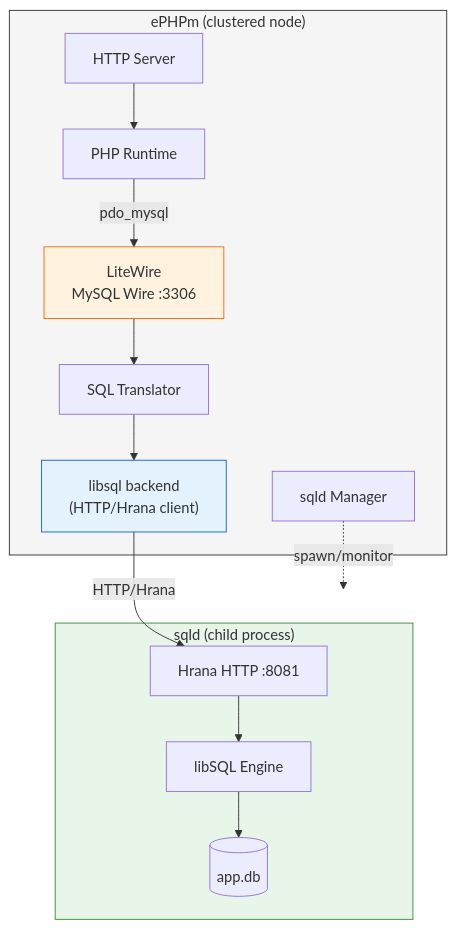
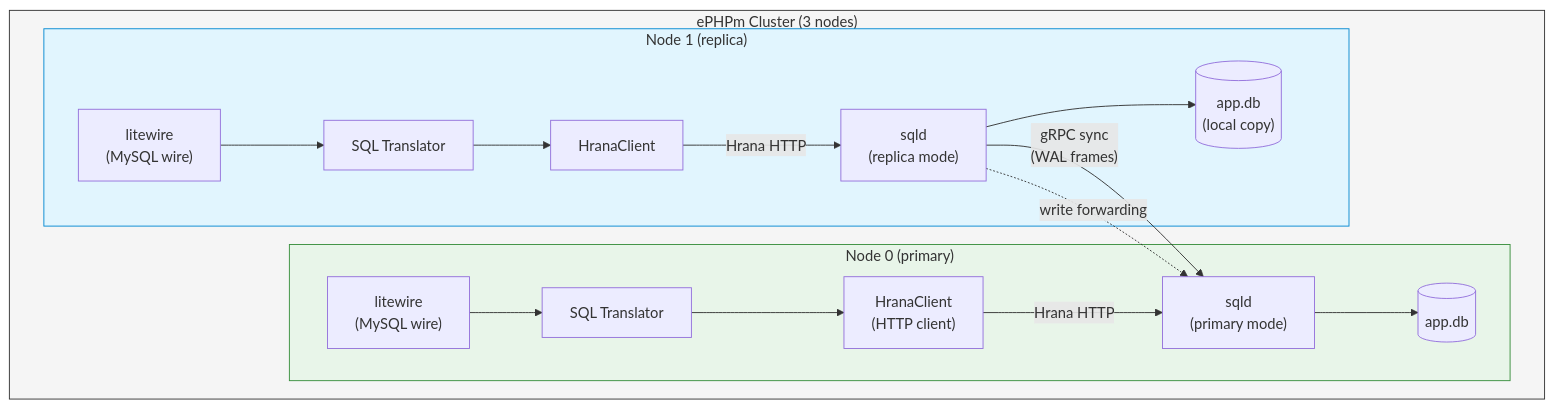
Before and after one commit to ephpm/ephpm: the second of 2 diagrams in docs/architecture/sql.md, drawn with Mermaid. The commit also changed other lines of this file and 7 other files, not shown here.

````diff
--- a/docs/architecture/sql.md
+++ b/docs/architecture/sql.md
@@ -376,30 +70,33 @@
 ```mermaid
 graph TD
-    subgraph ephpm["ePHPm (clustered node)"]
-        http2["HTTP Server"]
-        php2["PHP Runtime"]
-        mysql_fe2["LiteWire\nMySQL Wire :3306"]
-        translate2["SQL Translator"]
-        libsql_be["libsql backend\n(HTTP/Hrana client)"]
-        sqld_mgr["sqld Manager"]
+    subgraph cluster["ePHPm Cluster (3 nodes)"]
+        subgraph node0["Node 0 (primary)"]
+            fe0["litewire\n(MySQL wire)"]
+            translate0["SQL Translator"]
+            hrana_client0["HranaClient\n(HTTP client)"]
+            sqld0["sqld\n(primary mode)"]
+            db0[("app.db")]
+            fe0 --> translate0 --> hrana_client0
+            hrana_client0 -->|Hrana HTTP| sqld0
+            sqld0 --> db0
+        end
+
+        subgraph node1["Node 1 (replica)"]
+            fe1["litewire\n(MySQL wire)"]
+            translate1["SQL Translator"]
+            hrana_client1["HranaClient"]
+            sqld1["sqld\n(replica mode)"]
+            db1[("app.db\n(local copy)")]
+            fe1 --> translate1 --> hrana_client1
+            hrana_client1 -->|Hrana HTTP| sqld1
+            sqld1 --> db1
+        end
+
+        sqld1 -->|"gRPC sync\n(WAL frames)"| sqld0
+        sqld1 -.->|write forwarding| sqld0
     end
 
-    subgraph sqld["sqld (child process)"]
-        hrana2["Hrana HTTP :8081"]
-        engine["libSQL Engine"]
-        db2[("app.db")]
-        hrana2 --> engine --> db2
-    end
-
-    http2 --> php2
-    php2 -->|pdo_mysql| mysql_fe2
-    mysql_fe2 --> translate2
-    translate2 --> libsql_be
-    libsql_be -->|HTTP/Hrana| hrana2
-    sqld_mgr -.->|spawn/monitor| sqld
-
-    style ephpm fill:#f5f5f5,stroke:#333
-    style mysql_fe2 fill:#fff3e0,stroke:#ef6c00
-    style libsql_be fill:#e3f2fd,stroke:#1565c0
-    style sqld fill:#e8f5e9,stroke:#388e3c
+    style cluster fill:#f5f5f5,stroke:#333
+    style node0 fill:#e8f5e9,stroke:#388e3c
+    style node1 fill:#e1f5fe,stroke:#0288d1
 ```
````
